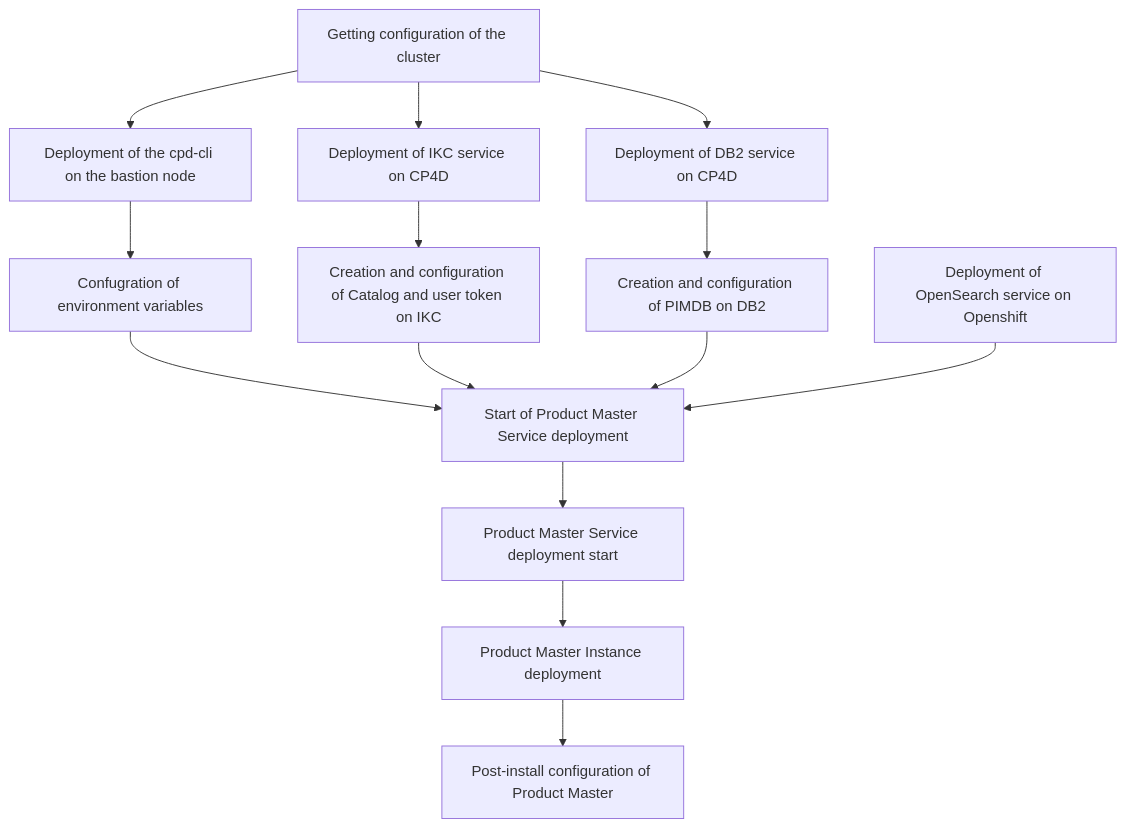
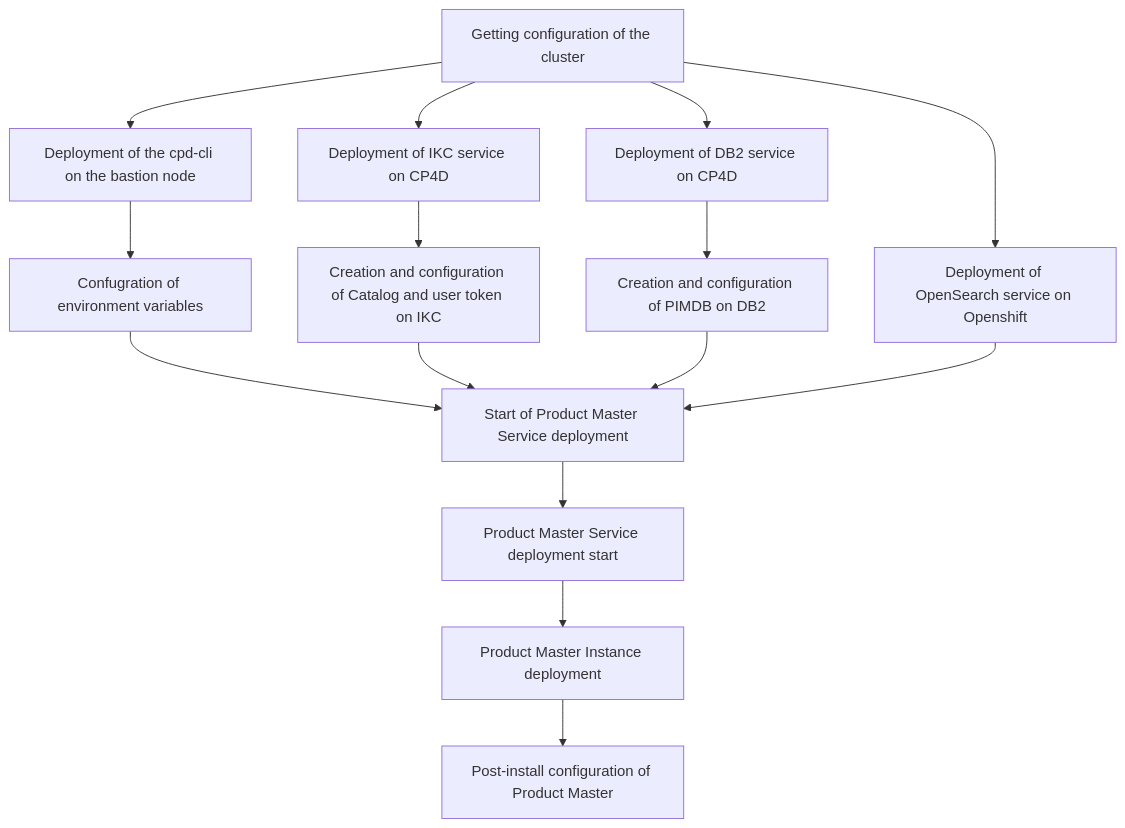
The diagram in CP4D Generic/Deployment of Product Master/Pre-work.md (pavel-maltsev/IBM-Cloud-Pak-for-Data), drawn with Mermaid before and after one commit.

````diff
--- a/CP4D Generic/Deployment of Product Master/Pre-work.md
+++ b/CP4D Generic/Deployment of Product Master/Pre-work.md
@@ -3,16 +3,17 @@
 ```mermaid
 graph TD;
     A[Getting configuration of the cluster]-->B[Deployment of the cpd-cli on the bastion node];
     B-->C[Confugration of environment variables];
     A-->D[Deployment of DB2 service on CP4D];
     A-->F[Deployment of IKC service on CP4D];
     C-->M[Start of Product Master Service deployment];
     D-->E[Creation and configuration of PIMDB on DB2];
     F-->G[Creation and configuration of Catalog and user token on IKC];
     G-->M;
     E-->M;
-    H[Deployment of OpenSearch service on Openshift]-->M;
+    A-->H[Deployment of OpenSearch service on Openshift];
+    H-->M;
     M-->N[Product Master Service deployment start];
     N-->O[Product Master Instance deployment];
     O-->P[Post-install configuration of Product Master];
 ```
````
